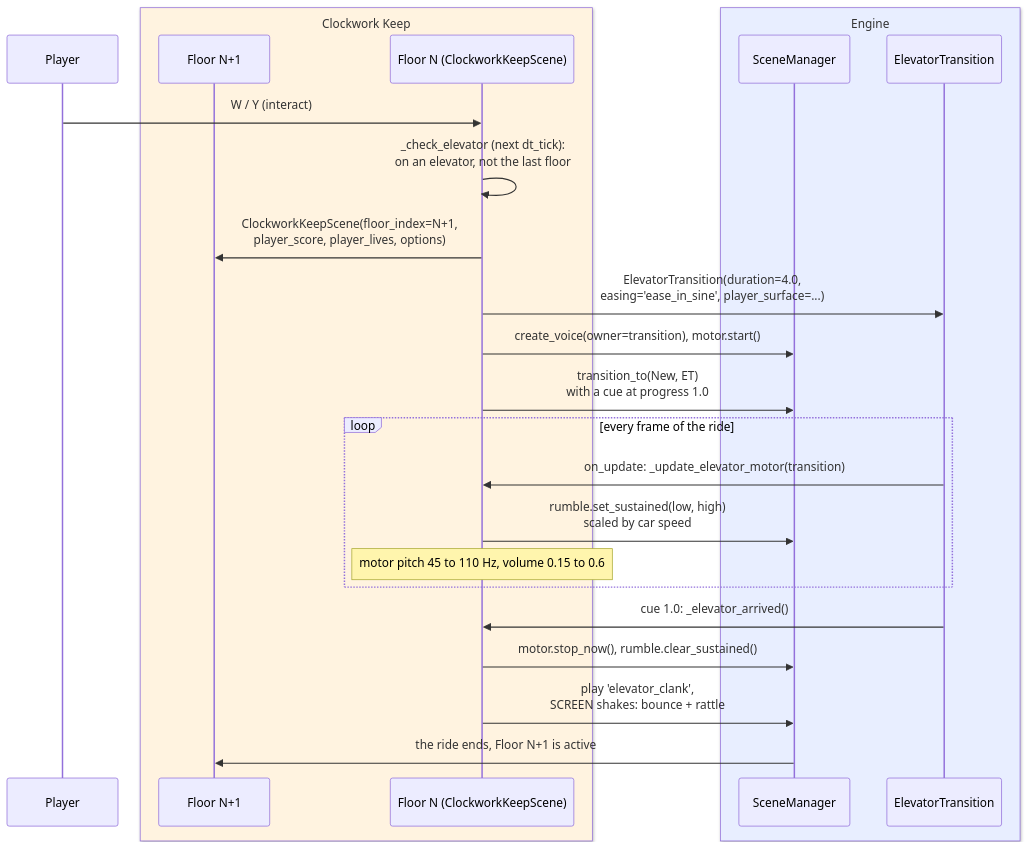
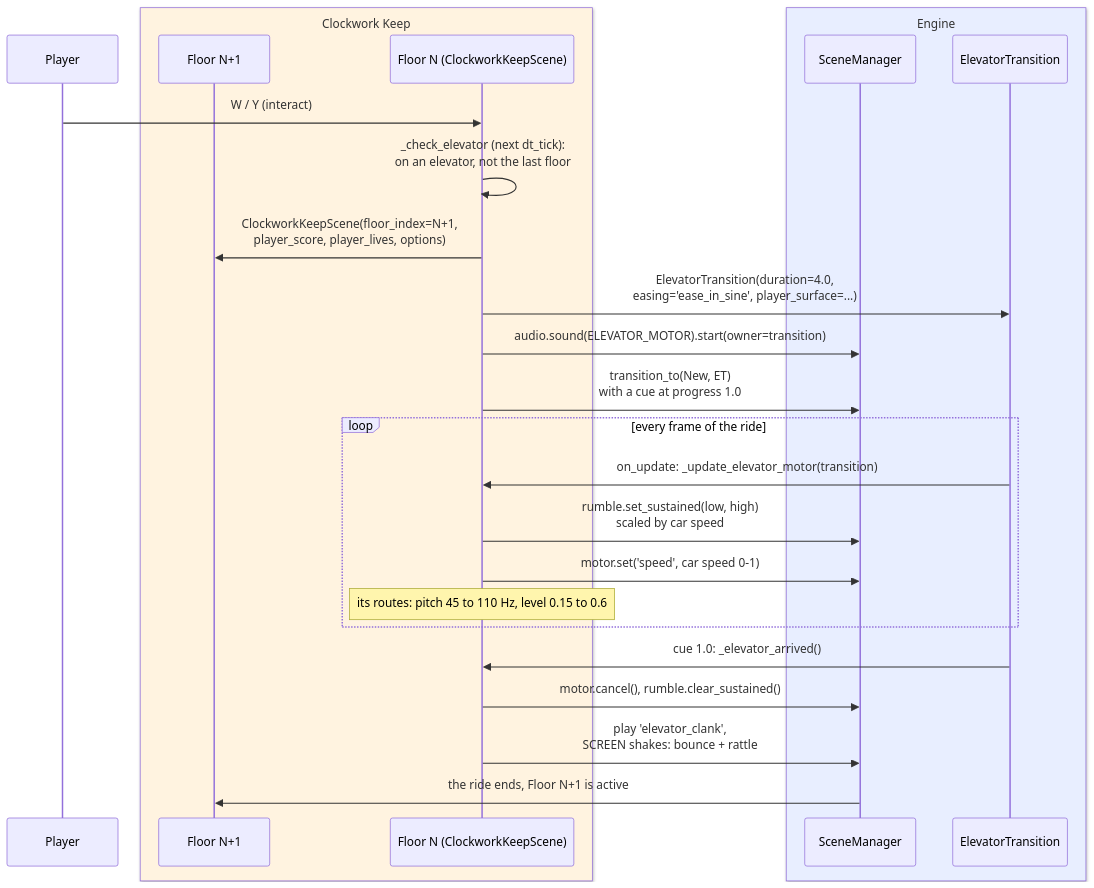
Before and after one commit to terrysimons/glitchygames: the fifth of 6 diagrams in docs/games/clockwork_keep.md, drawn with Mermaid. The commit also changed other lines of this file and 30 other files, not shown here.

First line of the commit message:
The elevator motor and the projector play as live instruments

````diff
--- a/docs/games/clockwork_keep.md
+++ b/docs/games/clockwork_keep.md
@@ -502,28 +502,29 @@
 ```mermaid
 sequenceDiagram
     participant P as Player
     box rgb(255,243,224) Clockwork Keep
         participant New as Floor N+1
         participant Old as Floor N (ClockworkKeepScene)
     end
     box rgb(232,238,255) Engine
         participant SM as SceneManager
         participant ET as ElevatorTransition
     end
 
     P->>Old: W / Y (interact)
     Old->>Old: _check_elevator (next dt_tick):<br/>on an elevator, not the last floor
     Old->>New: ClockworkKeepScene(floor_index=N+1,<br/>player_score, player_lives, options)
     Old->>ET: ElevatorTransition(duration=4.0,<br/>easing='ease_in_sine', player_surface=...)
-    Old->>SM: create_voice(owner=transition), motor.start()
+    Old->>SM: audio.sound(ELEVATOR_MOTOR).start(owner=transition)
     Old->>SM: transition_to(New, ET)<br/>with a cue at progress 1.0
     loop every frame of the ride
         ET->>Old: on_update: _update_elevator_motor(transition)
         Old->>SM: rumble.set_sustained(low, high)<br/>scaled by car speed
-        Note over Old: motor pitch 45 to 110 Hz, volume 0.15 to 0.6
+        Old->>SM: motor.set('speed', car speed 0-1)
+        Note over Old: its routes: pitch 45 to 110 Hz, level 0.15 to 0.6
     end
     ET->>Old: cue 1.0: _elevator_arrived()
-    Old->>SM: motor.stop_now(), rumble.clear_sustained()
+    Old->>SM: motor.cancel(), rumble.clear_sustained()
     Old->>SM: play 'elevator_clank',<br/>SCREEN shakes: bounce + rattle
     SM->>New: the ride ends, Floor N+1 is active
 ```
````
